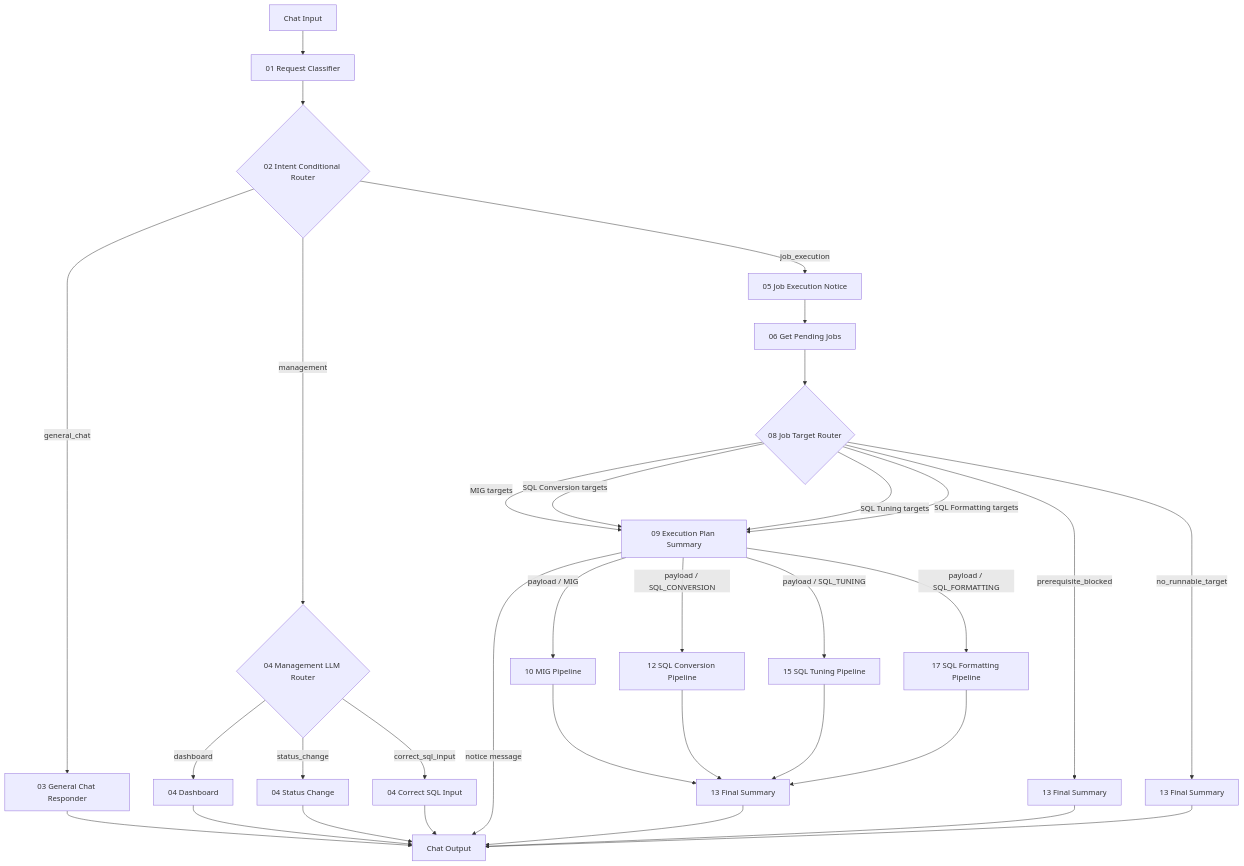
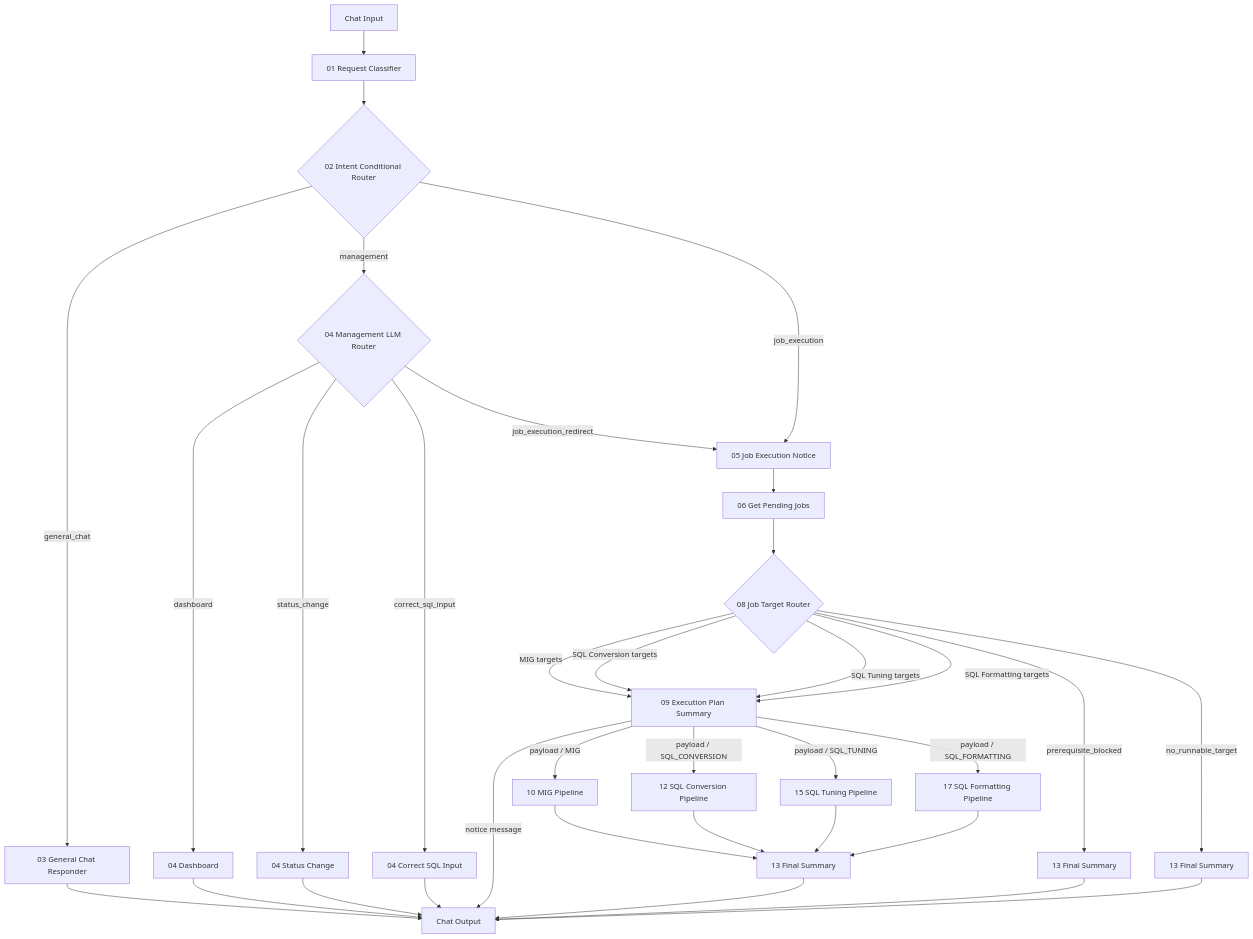
One commit to seongikjin227-jpg/refactoring_smartMigrate changed the diagram in langflow_260819_newType/01_architecture.md. Above: the diagram before and after it, drawn with Mermaid. The commit also changed other lines of this file and 4 other files, not shown here.

````diff
--- a/langflow_260819_newType/01_architecture.md
+++ b/langflow_260819_newType/01_architecture.md
@@ -18,43 +21,44 @@
 ```mermaid
 flowchart TD
     A["Chat Input"] --> B["01 Request Classifier"]
     B --> C{"02 Intent Conditional Router"}
 
     C -->|general_chat| D["03 General Chat Responder"]
     C -->|management| E{"04 Management LLM Router"}
     C -->|job_execution| F["05 Job Execution Notice"]
 
     E -->|dashboard| E1["04 Dashboard"]
     E -->|status_change| E2["04 Status Change"]
     E -->|correct_sql_input| E3["04 Correct SQL Input"]
+    E -->|job_execution_redirect| F
 
     F --> G["06 Get Pending Jobs"]
     G --> H{"08 Job Target Router"}
 
     H -->|MIG targets| P["09 Execution Plan Summary"]
     H -->|SQL Conversion targets| P
     H -->|SQL Tuning targets| P
     H -->|SQL Formatting targets| P
 
     P -->|notice message| OUT["Chat Output"]
     P -->|payload / MIG| M["10 MIG Pipeline"]
     P -->|payload / SQL_CONVERSION| C2["12 SQL Conversion Pipeline"]
     P -->|payload / SQL_TUNING| T2["15 SQL Tuning Pipeline"]
     P -->|payload / SQL_FORMATTING| F2["17 SQL Formatting Pipeline"]
 
     H -->|prerequisite_blocked| S1["13 Final Summary"]
     H -->|no_runnable_target| S2["13 Final Summary"]
 
     M --> S3["13 Final Summary"]
     C2 --> S3
     T2 --> S3
     F2 --> S3
 
     D --> OUT
     E1 --> OUT
     E2 --> OUT
     E3 --> OUT
     S1 --> OUT
     S2 --> OUT
     S3 --> OUT
 ```
````
